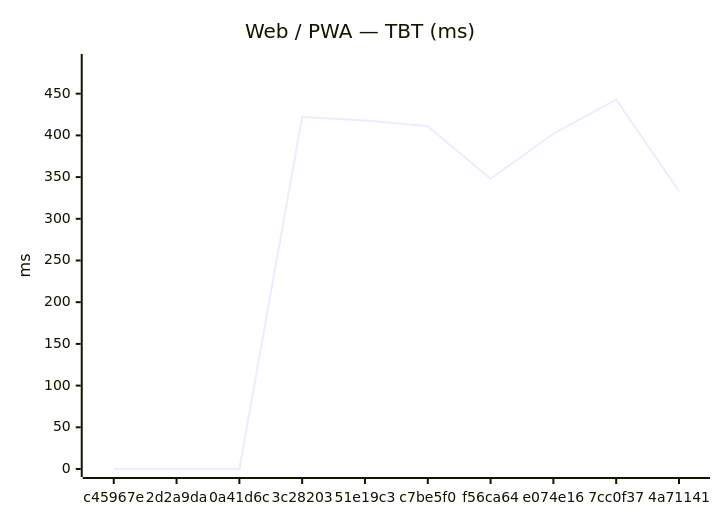
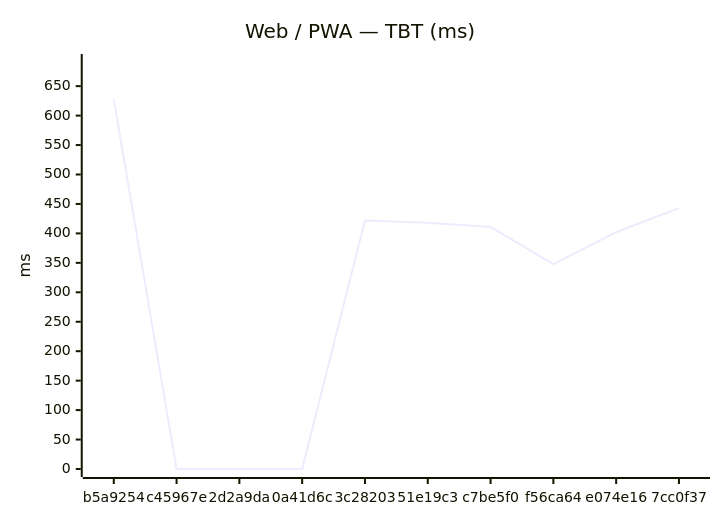
Before and after one commit to Metaheurist/Rianell: the second of 18 diagrams in benchmarks/compare.md, drawn with Mermaid. The commit also changed other lines of this file and 11 other files, not shown here.

````diff
--- a/benchmarks/compare.md
+++ b/benchmarks/compare.md
@@ -31,7 +31,7 @@
 ```mermaid
 xychart-beta
     title "Web / PWA — TBT (ms)"
-    x-axis ["c45967e", "2d2a9da", "0a41d6c", "3c28203", "51e19c3", "c7be5f0", "f56ca64", "e074e16", "7cc0f37", "4a71141"]
-    y-axis "ms" 0 --> 488
-    line [0, 0, 0, 422, 418, 411, 348, 402, 443, 333]
+    x-axis ["b5a9254", "c45967e", "2d2a9da", "0a41d6c", "3c28203", "51e19c3", "c7be5f0", "f56ca64", "e074e16", "7cc0f37"]
+    y-axis "ms" 0 --> 691
+    line [628, 0, 0, 0, 422, 418, 411, 348, 402, 443]
 ```
````
